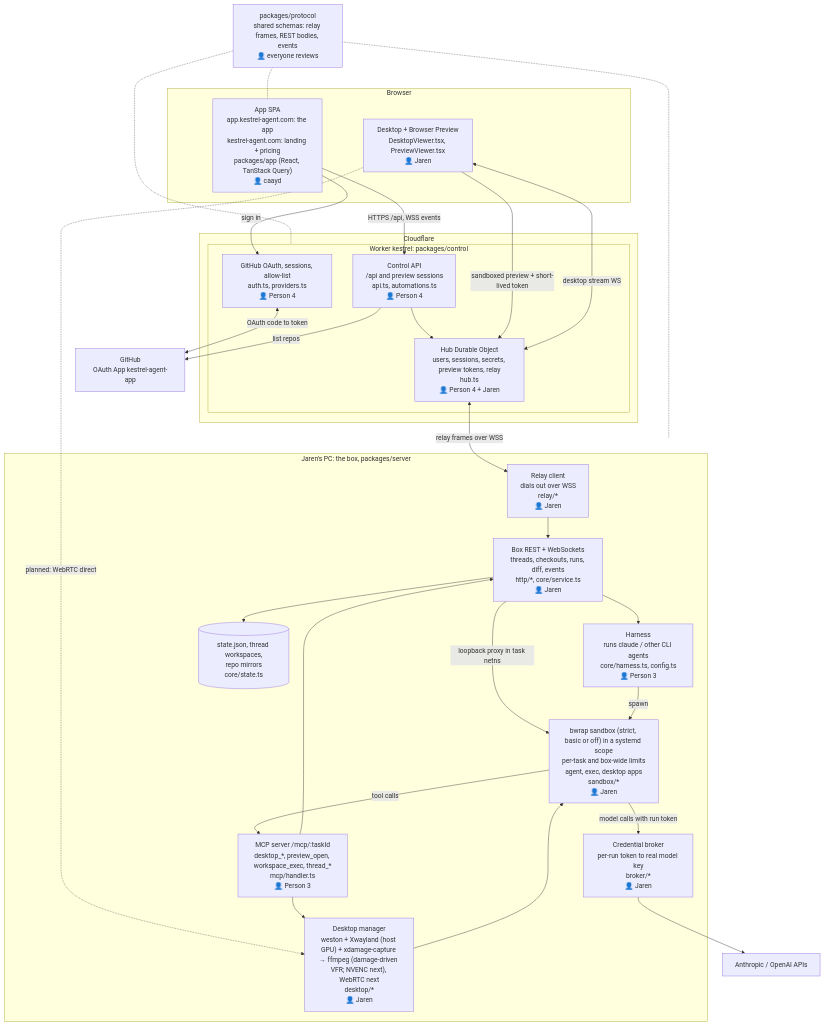
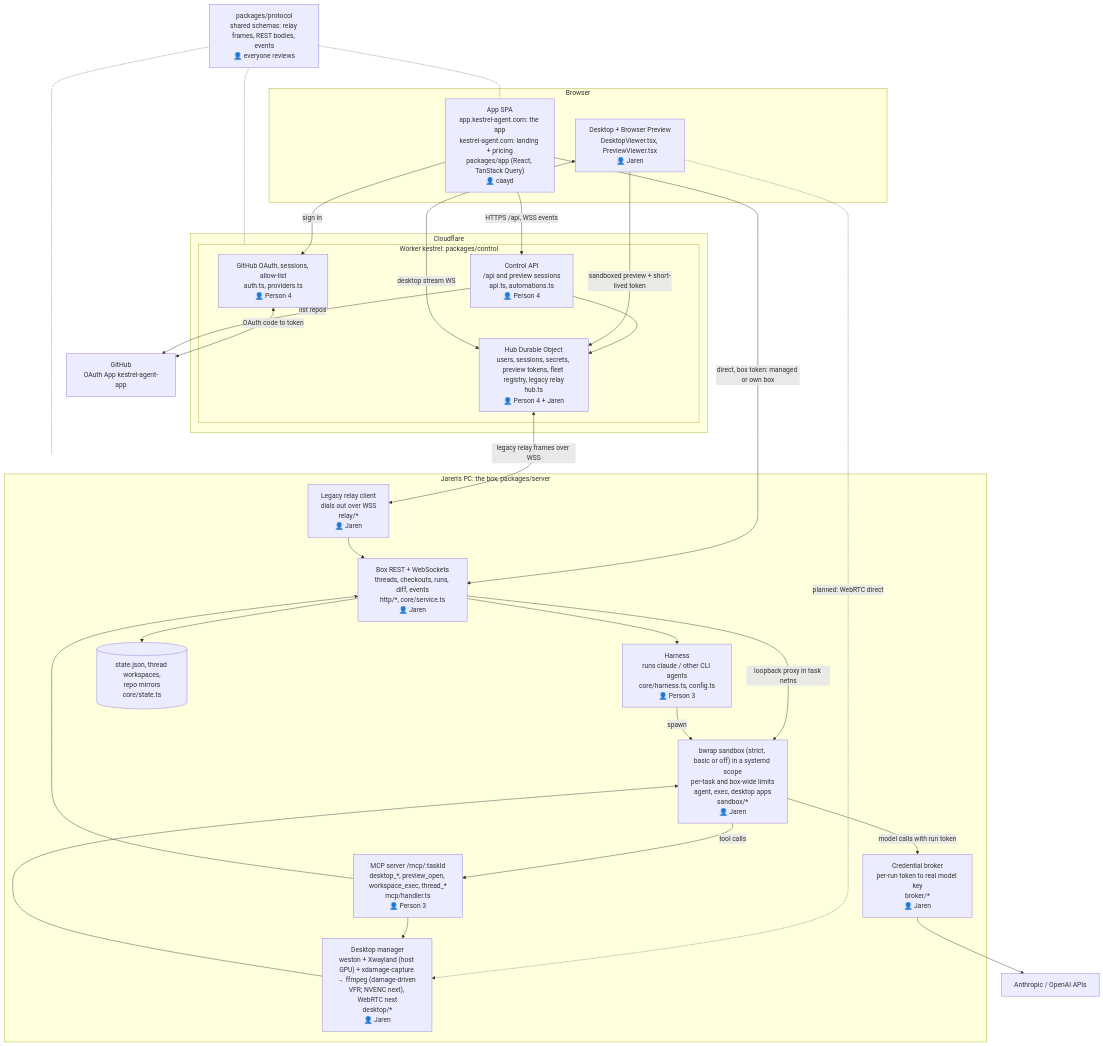
The diagram in docs/architecture.md (jarenm1/kestrel), drawn with Mermaid before and after one commit. The commit also changed other lines of this file and 33 other files, not shown here.

Commit message:
Managed box fleet: registry, per-box auth and direct transport for Kestrel's boxes

````diff
--- a/docs/architecture.md
+++ b/docs/architecture.md
@@ -3,56 +3,57 @@
 ```mermaid
 flowchart TB
   subgraph Browser["Browser"]
     APP["App SPA<br/>app.kestrel-agent.com: the app<br/>kestrel-agent.com: landing + pricing<br/>packages/app (React, TanStack Query)<br/>👤 caayd"]
     VIEW["Desktop + Browser Preview<br/>DesktopViewer.tsx, PreviewViewer.tsx<br/>👤 Jaren"]
   end
 
   subgraph CF["Cloudflare"]
     subgraph CTRL["Worker kestrel: packages/control"]
       AUTH["GitHub OAuth, sessions, allow-list<br/>auth.ts, providers.ts<br/>👤 Person 4"]
       API["Control API<br/>/api and preview sessions<br/>api.ts, automations.ts<br/>👤 Person 4"]
-      HUB["Hub Durable Object<br/>users, sessions, secrets, preview tokens, relay<br/>hub.ts<br/>👤 Person 4 + Jaren"]
+      HUB["Hub Durable Object<br/>users, sessions, secrets, preview tokens, fleet registry, legacy relay<br/>hub.ts<br/>👤 Person 4 + Jaren"]
     end
   end
 
   GH["GitHub<br/>OAuth App kestrel-agent-app"]
 
   subgraph PC["Jaren's PC: the box, packages/server"]
-    RELAY["Relay client<br/>dials out over WSS<br/>relay/*<br/>👤 Jaren"]
+    RELAY["Legacy relay client<br/>dials out over WSS<br/>relay/*<br/>👤 Jaren"]
     REST["Box REST + WebSockets<br/>threads, checkouts, runs, diff, events<br/>http/*, core/service.ts<br/>👤 Jaren"]
     HARN["Harness<br/>runs claude / other CLI agents<br/>core/harness.ts, config.ts<br/>👤 Person 3"]
     MCP["MCP server /mcp/:taskId<br/>desktop_*, preview_open, workspace_exec, thread_*<br/>mcp/handler.ts<br/>👤 Person 3"]
     BROKER["Credential broker<br/>per-run token to real model key<br/>broker/*<br/>👤 Jaren"]
     SB["bwrap sandbox (strict, basic or off) in a systemd scope<br/>per-task and box-wide limits<br/>agent, exec, desktop apps<br/>sandbox/*<br/>👤 Jaren"]
     DESK["Desktop manager<br/>weston + Xwayland (host GPU) + xdamage-capture → ffmpeg (damage-driven VFR; NVENC next), WebRTC next<br/>desktop/*<br/>👤 Jaren"]
     STATE[("state.json, thread workspaces,<br/>repo mirrors<br/>core/state.ts")]
   end
 
   LLM["Anthropic / OpenAI APIs"]
 
   APP -->|HTTPS /api, WSS events| API
   APP -->|sign in| AUTH
   AUTH <-->|OAuth code to token| GH
   API -->|list repos| GH
   API --> HUB
-  HUB <-->|relay frames over WSS| RELAY
+  HUB <-->|legacy relay frames over WSS| RELAY
   VIEW -->|sandboxed preview + short-lived token| HUB
   VIEW <-->|desktop stream WS| HUB
+  APP -->|direct, box token: managed or own box| REST
   VIEW -.->|planned: WebRTC direct| DESK
   RELAY --> REST
   REST -->|loopback proxy in task netns| SB
   REST --> HARN
   REST --> STATE
   HARN -->|spawn| SB
   SB -->|tool calls| MCP
   SB -->|model calls with run token| BROKER
   BROKER --> LLM
   MCP --> DESK
   MCP --> REST
   DESK --> SB
 
   PROTO["packages/protocol<br/>shared schemas: relay frames, REST bodies, events<br/>👤 everyone reviews"]
   PROTO -.- APP
   PROTO -.- CTRL
   PROTO -.- PC
 ```
````
